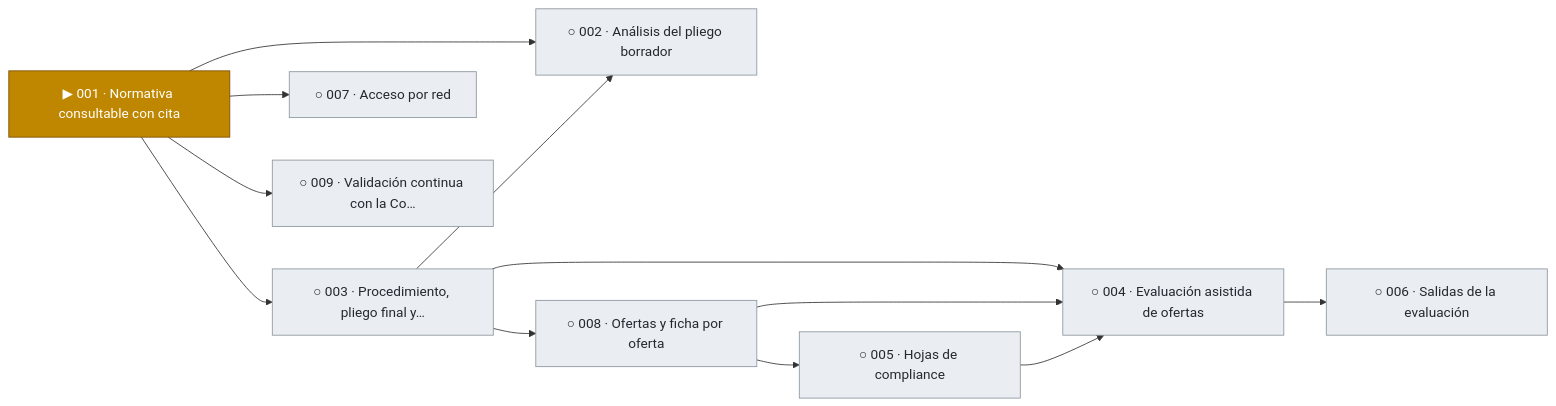
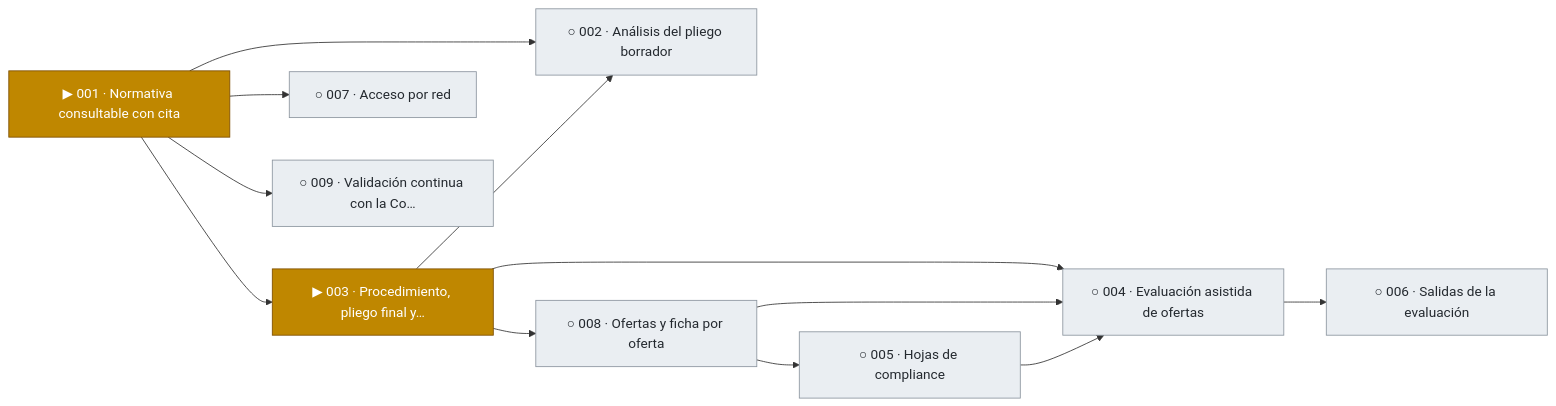
Before and after one commit to snavello/EVALUON: the first of 4 diagrams in docs/tablero.md, drawn with Mermaid. The commit also changed other lines of this file and 1 other file, not shown here.

````diff
--- a/docs/tablero.md
+++ b/docs/tablero.md
@@ -9,28 +9,28 @@
 ```mermaid
 flowchart LR
   F001["▶ 001 · Normativa consultable con cita"]:::active
   F002["○ 002 · Análisis del pliego borrador"]:::todo
-  F003["○ 003 · Procedimiento, pliego final y…"]:::todo
+  F003["▶ 003 · Procedimiento, pliego final y…"]:::active
   F004["○ 004 · Evaluación asistida de ofertas"]:::todo
   F005["○ 005 · Hojas de compliance"]:::todo
   F006["○ 006 · Salidas de la evaluación"]:::todo
   F007["○ 007 · Acceso por red"]:::todo
   F008["○ 008 · Ofertas y ficha por oferta"]:::todo
   F009["○ 009 · Validación continua con la Co…"]:::todo
   F001 --> F002
   F003 --> F002
   F001 --> F003
   F003 --> F004
   F008 --> F004
   F005 --> F004
   F008 --> F005
   F004 --> F006
   F001 --> F007
   F003 --> F008
   F001 --> F009
   classDef done fill:#1a7f37,stroke:#116329,color:#ffffff
   classDef review fill:#0969da,stroke:#0550ae,color:#ffffff
   classDef active fill:#bf8700,stroke:#7d4e00,color:#ffffff
   classDef blocked fill:#cf222e,stroke:#a40e26,color:#ffffff
   classDef todo fill:#eaeef2,stroke:#8c959f,color:#24292f
 ```
````
